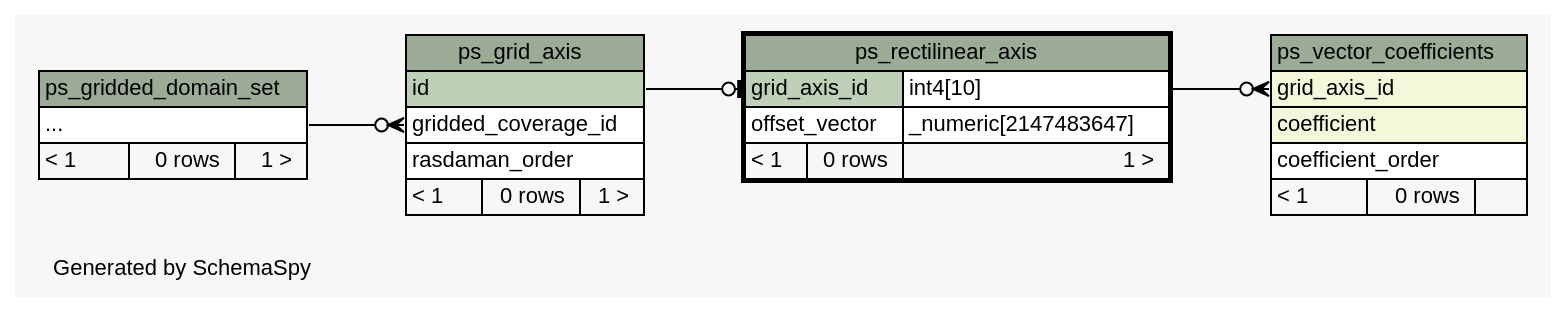
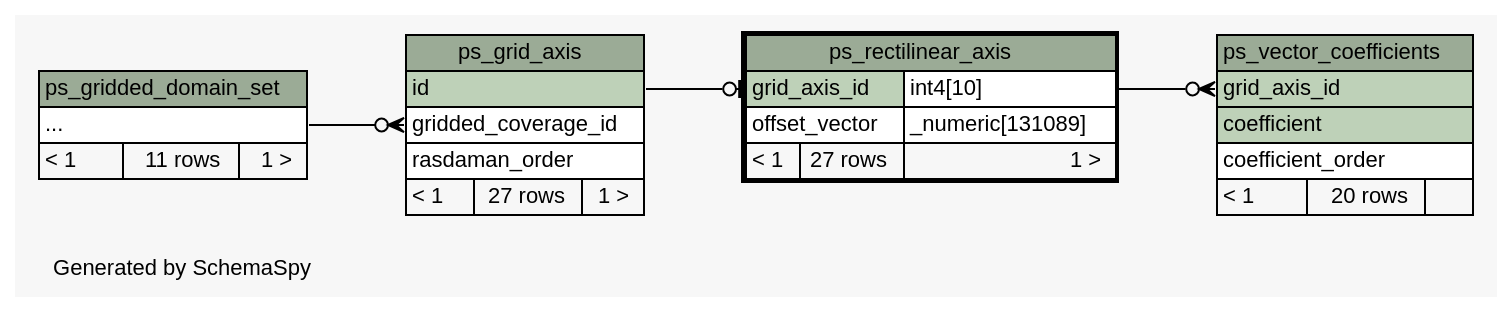
One commit to kalxas/rasdaman changed the diagram in manuals_and_examples/manuals/doc-petascope/dbschema/schema/diagrams/ps_rectilinear_axis.2degrees.dot. Above: the diagram before and after it, drawn with Graphviz. The commit also changed 173 other files, not shown here.

Commit message:
ticket:567 - Update SchemaSpy documentation to include petascopedb updates #9 to #13.

```diff
--- a/manuals_and_examples/manuals/doc-petascope/dbschema/schema/diagrams/ps_rectilinear_axis.2degrees.dot
+++ b/manuals_and_examples/manuals/doc-petascope/dbschema/schema/diagrams/ps_rectilinear_axis.2degrees.dot
@@ -1,70 +1,70 @@
-// dot 2.26.3 on Linux 3.2.0-58-generic
+// dot 2.26.3 on Linux 3.2.0-65-generic
 // SchemaSpy rev 590
 digraph "twoDegreesRelationshipsDiagram" {
   graph [
     rankdir="RL"
     bgcolor="#f7f7f7"
     label="\nGenerated by SchemaSpy"
     labeljust="l"
     nodesep="0.18"
     ranksep="0.46"
     fontname="Helvetica"
     fontsize="11"
   ];
   node [
     fontname="Helvetica"
     fontsize="11"
     shape="plaintext"
   ];
   edge [
     arrowsize="0.8"
   ];
   "ps_grid_axis":"gridded_coverage_id":w -> "ps_gridded_domain_set":"elipses":e [arrowhead=none dir=back arrowtail=crowodot];
   "ps_rectilinear_axis":"grid_axis_id":w -> "ps_grid_axis":"id":e [arrowhead=none dir=back arrowtail=teeodot];
   "ps_vector_coefficients":"grid_axis_id":w -> "ps_rectilinear_axis":"grid_axis_id.type":e [arrowhead=none dir=back arrowtail=crowodot];
   "ps_grid_axis" [
     label=<
     <TABLE BORDER="0" CELLBORDER="1" CELLSPACING="0" BGCOLOR="#ffffff">
       <TR><TD COLSPAN="3" BGCOLOR="#9bab96" ALIGN="CENTER">ps_grid_axis</TD></TR>
       <TR><TD PORT="id" COLSPAN="3" BGCOLOR="#bed1b8" ALIGN="LEFT">id</TD></TR>
       <TR><TD PORT="gridded_coverage_id" COLSPAN="3" ALIGN="LEFT">gridded_coverage_id</TD></TR>
       <TR><TD PORT="rasdaman_order" COLSPAN="3" ALIGN="LEFT">rasdaman_order</TD></TR>
-      <TR><TD ALIGN="LEFT" BGCOLOR="#f7f7f7">&lt; 1</TD><TD ALIGN="RIGHT" BGCOLOR="#f7f7f7">0 rows</TD><TD ALIGN="RIGHT" BGCOLOR="#f7f7f7">1 &gt;</TD></TR>
+      <TR><TD ALIGN="LEFT" BGCOLOR="#f7f7f7">&lt; 1</TD><TD ALIGN="RIGHT" BGCOLOR="#f7f7f7">27 rows</TD><TD ALIGN="RIGHT" BGCOLOR="#f7f7f7">1 &gt;</TD></TR>
     </TABLE>>
     URL="ps_grid_axis.html"
     tooltip="ps_grid_axis"
   ];
   "ps_gridded_domain_set" [
     label=<
     <TABLE BORDER="0" CELLBORDER="1" CELLSPACING="0" BGCOLOR="#ffffff">
       <TR><TD COLSPAN="3" BGCOLOR="#9bab96" ALIGN="CENTER">ps_gridded_domain_set</TD></TR>
       <TR><TD PORT="elipses" COLSPAN="3" ALIGN="LEFT">...</TD></TR>
-      <TR><TD ALIGN="LEFT" BGCOLOR="#f7f7f7">&lt; 1</TD><TD ALIGN="RIGHT" BGCOLOR="#f7f7f7">0 rows</TD><TD ALIGN="RIGHT" BGCOLOR="#f7f7f7">1 &gt;</TD></TR>
+      <TR><TD ALIGN="LEFT" BGCOLOR="#f7f7f7">&lt; 1</TD><TD ALIGN="RIGHT" BGCOLOR="#f7f7f7">11 rows</TD><TD ALIGN="RIGHT" BGCOLOR="#f7f7f7">1 &gt;</TD></TR>
     </TABLE>>
     URL="ps_gridded_domain_set.html"
     tooltip="ps_gridded_domain_set"
   ];
   "ps_rectilinear_axis" [
     label=<
     <TABLE BORDER="2" CELLBORDER="1" CELLSPACING="0" BGCOLOR="#ffffff">
       <TR><TD COLSPAN="3" BGCOLOR="#9bab96" ALIGN="CENTER">ps_rectilinear_axis</TD></TR>
       <TR><TD PORT="grid_axis_id" COLSPAN="2" BGCOLOR="#bed1b8" ALIGN="LEFT">grid_axis_id</TD><TD PORT="grid_axis_id.type" ALIGN="LEFT">int4[10]</TD></TR>
-      <TR><TD PORT="offset_vector" COLSPAN="2" ALIGN="LEFT">offset_vector</TD><TD PORT="offset_vector.type" ALIGN="LEFT">_numeric[2147483647]</TD></TR>
-      <TR><TD ALIGN="LEFT" BGCOLOR="#f7f7f7">&lt; 1</TD><TD ALIGN="RIGHT" BGCOLOR="#f7f7f7">0 rows</TD><TD ALIGN="RIGHT" BGCOLOR="#f7f7f7">1 &gt;</TD></TR>
+      <TR><TD PORT="offset_vector" COLSPAN="2" ALIGN="LEFT">offset_vector</TD><TD PORT="offset_vector.type" ALIGN="LEFT">_numeric[131089]</TD></TR>
+      <TR><TD ALIGN="LEFT" BGCOLOR="#f7f7f7">&lt; 1</TD><TD ALIGN="RIGHT" BGCOLOR="#f7f7f7">27 rows</TD><TD ALIGN="RIGHT" BGCOLOR="#f7f7f7">1 &gt;</TD></TR>
     </TABLE>>
     URL="ps_rectilinear_axis.html"
     tooltip="ps_rectilinear_axis"
   ];
   "ps_vector_coefficients" [
     label=<
     <TABLE BORDER="0" CELLBORDER="1" CELLSPACING="0" BGCOLOR="#ffffff">
       <TR><TD COLSPAN="3" BGCOLOR="#9bab96" ALIGN="CENTER">ps_vector_coefficients</TD></TR>
-      <TR><TD PORT="grid_axis_id" COLSPAN="3" BGCOLOR="#f4f7da" ALIGN="LEFT">grid_axis_id</TD></TR>
-      <TR><TD PORT="coefficient" COLSPAN="3" BGCOLOR="#f4f7da" ALIGN="LEFT">coefficient</TD></TR>
+      <TR><TD PORT="grid_axis_id" COLSPAN="3" BGCOLOR="#bed1b8" ALIGN="LEFT">grid_axis_id</TD></TR>
+      <TR><TD PORT="coefficient" COLSPAN="3" BGCOLOR="#bed1b8" ALIGN="LEFT">coefficient</TD></TR>
       <TR><TD PORT="coefficient_order" COLSPAN="3" ALIGN="LEFT">coefficient_order</TD></TR>
-      <TR><TD ALIGN="LEFT" BGCOLOR="#f7f7f7">&lt; 1</TD><TD ALIGN="RIGHT" BGCOLOR="#f7f7f7">0 rows</TD><TD ALIGN="RIGHT" BGCOLOR="#f7f7f7">  </TD></TR>
+      <TR><TD ALIGN="LEFT" BGCOLOR="#f7f7f7">&lt; 1</TD><TD ALIGN="RIGHT" BGCOLOR="#f7f7f7">20 rows</TD><TD ALIGN="RIGHT" BGCOLOR="#f7f7f7">  </TD></TR>
     </TABLE>>
     URL="ps_vector_coefficients.html"
     tooltip="ps_vector_coefficients"
   ];
 }
```
